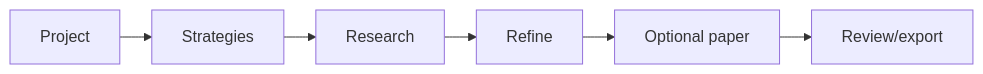
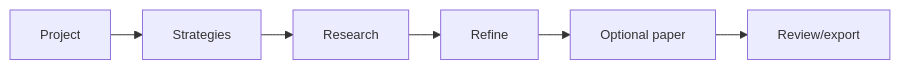
The diagram in README.md (bkramerext/sigma), drawn with Mermaid before and after one commit.

Commit message:
Keep GitHub Mermaid flow readable in viewer

````diff
--- a/README.md
+++ b/README.md
@@ -19,5 +19,5 @@
 ```mermaid
-%%{init: {"flowchart": {"nodeSpacing": 24, "rankSpacing": 32}}}%%
+%%{init: {"flowchart": {"useMaxWidth": false, "nodeSpacing": 12, "rankSpacing": 32}, "themeVariables": {"fontSize": "13px"}}}%%
 flowchart LR
     A[Project] --> B[Strategies] --> C[Research] --> D[Refine] --> E[Optional paper] --> F[Review/export]
 ```
````
